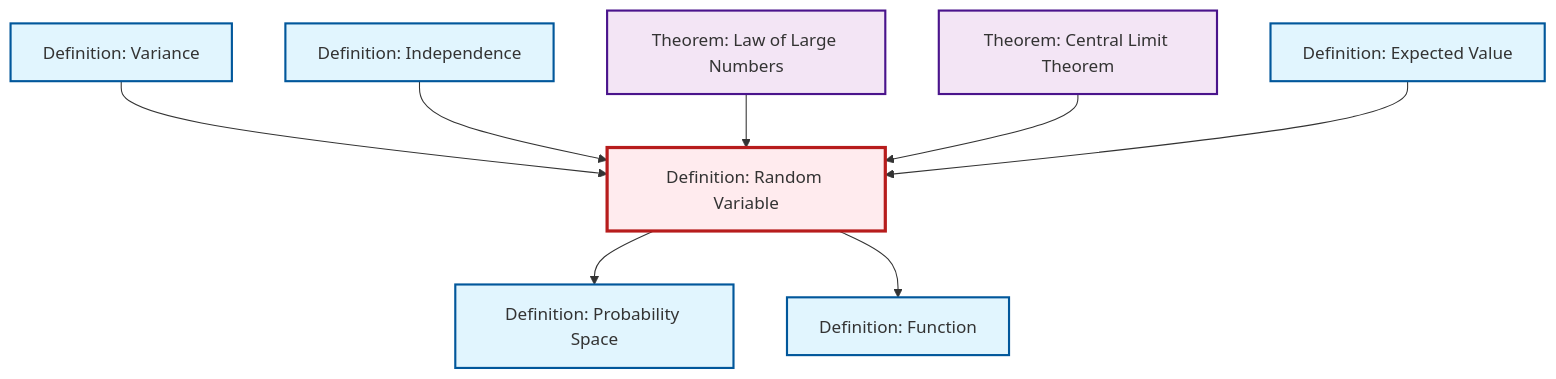
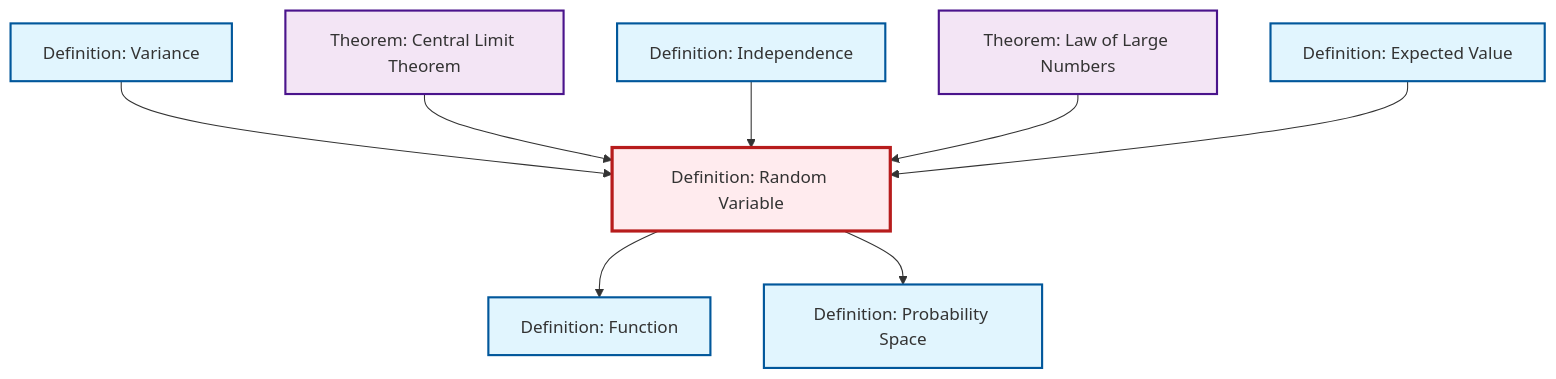
Before and after one commit to RK0429/ModernMath: the diagram in content/en/probability-statistics/def-random-variable.qmd, drawn with Mermaid. The commit also changed other lines of this file and 581 other files, not shown here.

````diff
--- a/content/en/probability-statistics/def-random-variable.qmd
+++ b/content/en/probability-statistics/def-random-variable.qmd
@@ -48,32 +48,32 @@
 ```{mermaid}
 %%| fig-cap: "Local dependency graph"
 graph TD
     classDef definition fill:#e1f5fe,stroke:#01579b,stroke-width:2px
     classDef theorem fill:#f3e5f5,stroke:#4a148c,stroke-width:2px
     classDef axiom fill:#fff3e0,stroke:#e65100,stroke-width:2px
     classDef example fill:#e8f5e9,stroke:#1b5e20,stroke-width:2px
     classDef current fill:#ffebee,stroke:#b71c1c,stroke-width:3px
-    def-variance["Definition: Variance"]:::definition
-    def-random-variable["Definition: Random Variable"]:::definition
-    thm-law-of-large-numbers["Theorem: Law of Large Numbers"]:::theorem
     def-probability-space["Definition: Probability Space"]:::definition
-    thm-central-limit["Theorem: Central Limit Theorem"]:::theorem
     def-independence["Definition: Independence"]:::definition
     def-function["Definition: Function"]:::definition
+    thm-central-limit["Theorem: Central Limit Theorem"]:::theorem
+    def-variance["Definition: Variance"]:::definition
     def-expectation["Definition: Expected Value"]:::definition
-    def-random-variable --> def-probability-space
+    thm-law-of-large-numbers["Theorem: Law of Large Numbers"]:::theorem
+    def-random-variable["Definition: Random Variable"]:::definition
     def-variance --> def-random-variable
     def-random-variable --> def-function
+    thm-central-limit --> def-random-variable
+    def-random-variable --> def-probability-space
     def-independence --> def-random-variable
     thm-law-of-large-numbers --> def-random-variable
-    thm-central-limit --> def-random-variable
     def-expectation --> def-random-variable
     class def-random-variable current
-    click def-variance "def-variance.html" "Go to Variance definition"
-    click thm-law-of-large-numbers "thm-law-of-large-numbers.html" "Go to Law of Large Numbers theorem"
     click def-probability-space "def-probability-space.html" "Go to Probability Space definition"
-    click thm-central-limit "thm-central-limit.html" "Go to Central Limit Theorem theorem"
     click def-independence "def-independence.html" "Go to Independence definition"
     click def-function "def-function.html" "Go to Function definition"
+    click thm-central-limit "thm-central-limit.html" "Go to Central Limit Theorem theorem"
+    click def-variance "def-variance.html" "Go to Variance definition"
     click def-expectation "def-expectation.html" "Go to Expected Value definition"
+    click thm-law-of-large-numbers "thm-law-of-large-numbers.html" "Go to Law of Large Numbers theorem"
 ```
````
